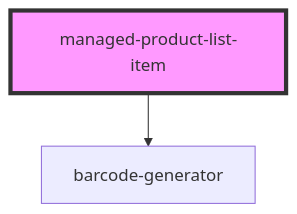
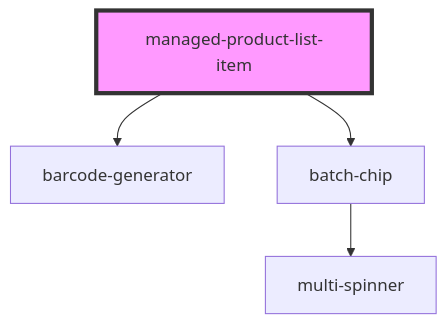
Before and after one commit to PharmaLedger-IMI/fgt-workspace: the diagram in pdm-web-components/src/components/managed-product-list-item/readme.md, drawn with Mermaid. The commit also changed other lines of this file and 14 other files, not shown here.

````diff
--- a/pdm-web-components/src/components/managed-product-list-item/readme.md
+++ b/pdm-web-components/src/components/managed-product-list-item/readme.md
@@ -43,5 +44,7 @@
 ```mermaid
 graph TD;
   managed-product-list-item --> barcode-generator
+  managed-product-list-item --> batch-chip
+  batch-chip --> multi-spinner
   style managed-product-list-item fill:#f9f,stroke:#333,stroke-width:4px
 ```
````
